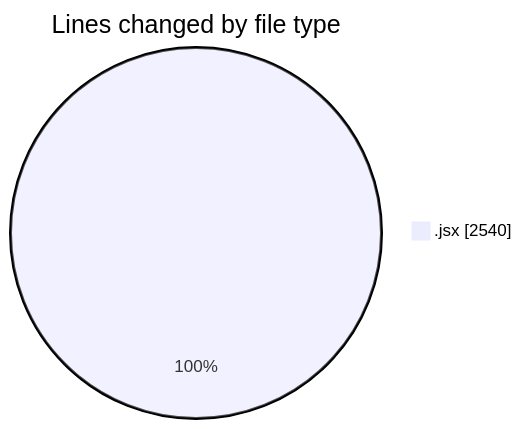
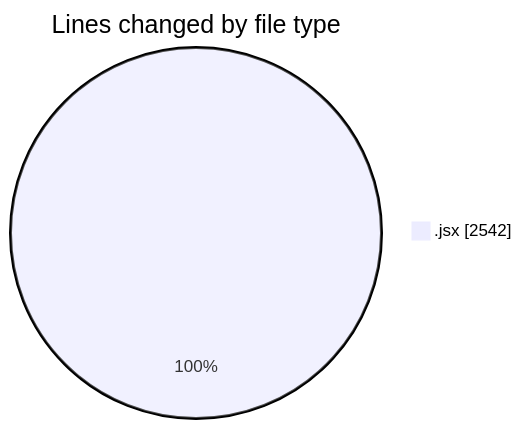
One commit to nxtqubesakshisongat/code-tracking changed the first of 2 diagrams in 2025-07-15/argos/README.md. Above: the diagram before and after it, drawn with Mermaid. The commit also changed other lines of this file and 1 other file, not shown here.

````diff
--- a/2025-07-15/argos/README.md
+++ b/2025-07-15/argos/README.md
@@ -23,5 +23,5 @@
 ```mermaid
 pie showData
 title Lines changed by file type
-".jsx" : 2540
+".jsx" : 2542
 ```
````
